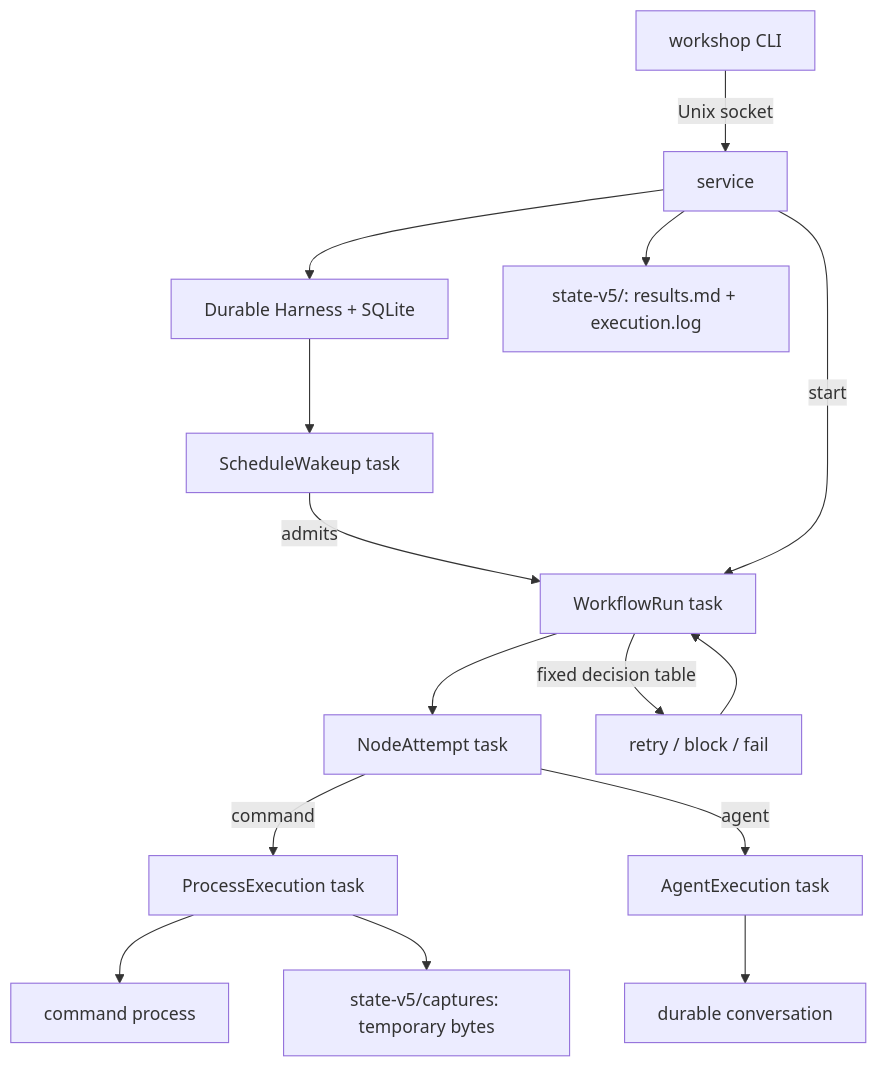
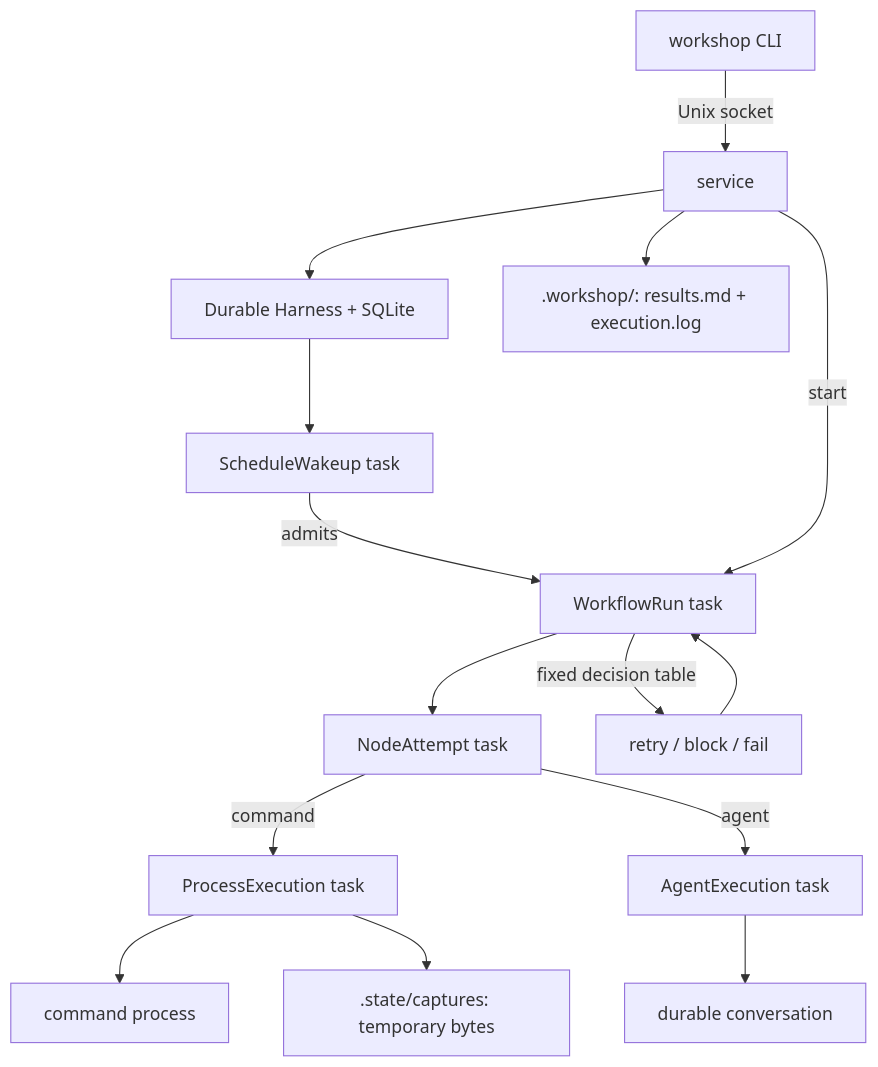
Before and after one commit to kaushikgopal/workshop: the diagram in CONTRIBUTING.md, drawn with Mermaid. The commit also changed other lines of this file and 36 other files, not shown here.

````diff
--- a/CONTRIBUTING.md
+++ b/CONTRIBUTING.md
@@ -113,17 +113,17 @@
 ```mermaid
 flowchart TD
   CLI[workshop CLI] -->|Unix socket| SVC[service]
   SVC --> H[Durable Harness + SQLite]
   H --> SCH[ScheduleWakeup task]
   SCH -->|admits| WR[WorkflowRun task]
   SVC -->|start| WR
   WR --> NA[NodeAttempt task]
   NA -->|command| PE[ProcessExecution task]
   PE --> P[command process]
   NA -->|agent| AE[AgentExecution task]
   AE --> C[durable conversation]
   WR -->|fixed decision table| D[retry / block / fail]
   D --> WR
-  PE --> V[state-v5/captures: temporary bytes]
-  SVC --> RF[state-v5/<workflow>: results.md + execution.log]
+  PE --> V[.state/captures: temporary bytes]
+  SVC --> RF[.workshop/<workflow>: results.md + execution.log]
 ```
````
